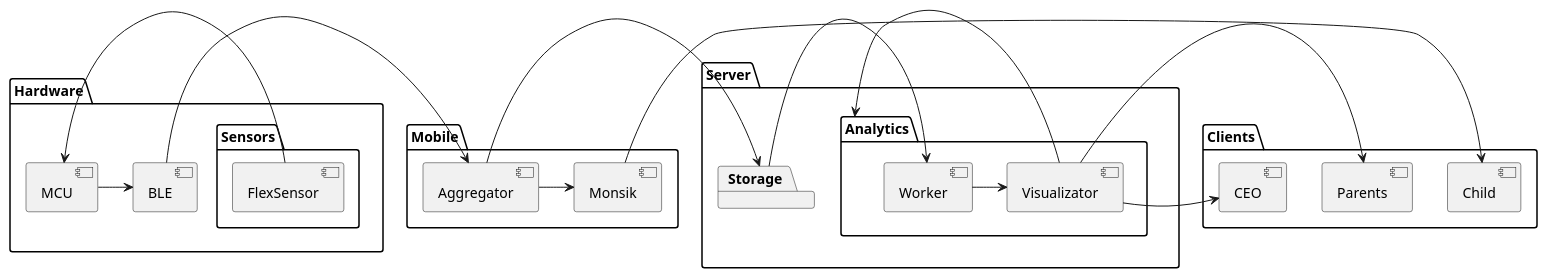
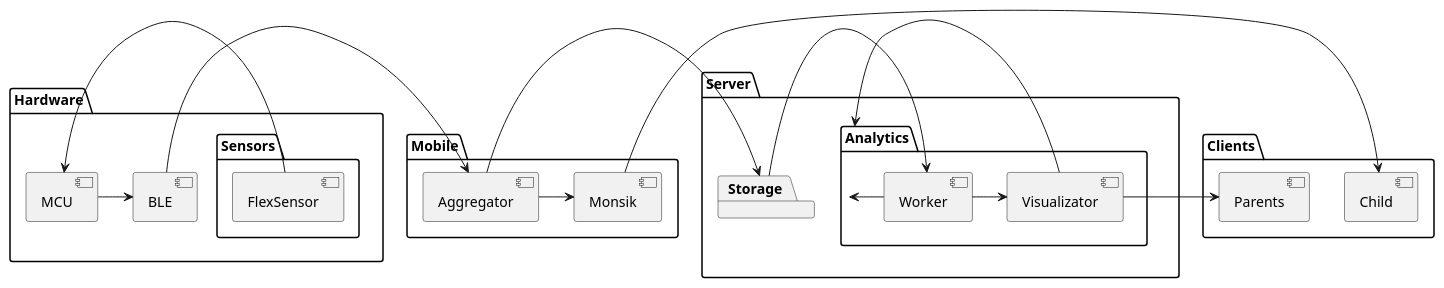
One commit to motorica-org/telemetry-docs changed the diagram in architecture.puml. Above: the diagram before and after it, drawn with PlantUML.

Commit message:
feat(Architecture): Reverse relationships notation (`->` -> `<-`)

```diff
--- a/architecture.puml
+++ b/architecture.puml
@@ -1,38 +1,39 @@
 @startuml
 skinparam componentStyle uml2
 
 package Hardware {
     component MCU
     component BLE
 
     package Sensors {
         [FlexSensor] -> [MCU]
     }
 
     [MCU] -> [BLE]
 }
 
 package Mobile {
     [BLE] -> [Aggregator]
     [Aggregator] -> [Monsik]
 }
 
 package Server {
     package Storage {
         [Aggregator] -> [Storage]
     }
     package Analytics {
         [Storage] -> [Worker]
         [Worker] -> [Visualizator]
     }
 }
 
 package Clients {
-    [Monsik] -> [Child]
-    
-    [Visualizator] -> [Parents]
-    [Visualizator] -> [Analytics]
-    [Visualizator] -> [CEO]
+    [Child] <- [Monsik]
+
+    [Parents] <- [Visualizator]
+
+    [Analytics] <- [Worker]
+    [Analytics] <- [Visualizator]
 }
 
 @enduml
```
